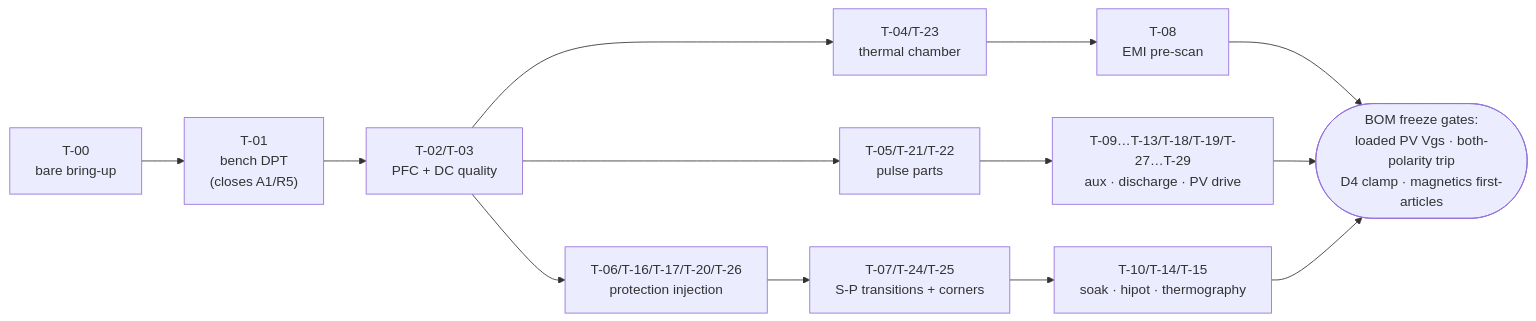
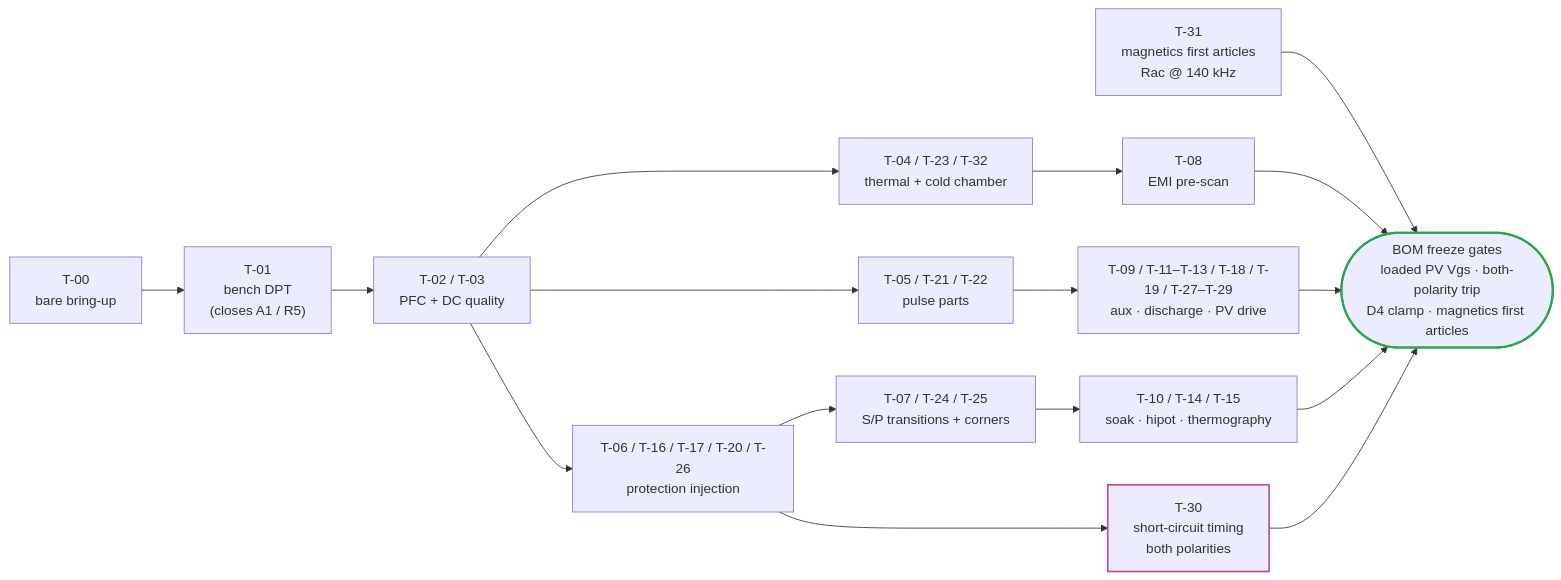
The second of 2 diagrams in docs/evt-plan.md (vectivolt/DC-Modules), drawn with Mermaid before and after one commit. The commit also changed other lines of this file and 98 other files, not shown here.

````diff
--- a/docs/evt-plan.md
+++ b/docs/evt-plan.md
@@ -12,15 +58,20 @@
 ```mermaid
 flowchart LR
-  A["T-00<br/>bare bring-up"] --> B["T-01<br/>bench DPT<br/>(closes A1/R5)"]
-  B --> C["T-02/T-03<br/>PFC + DC quality"]
-  C --> D["T-04/T-23<br/>thermal chamber"]
-  C --> E["T-05/T-21/T-22<br/>pulse parts"]
-  C --> F["T-06/T-16/T-17/T-20/T-26<br/>protection injection"]
-  F --> G["T-07/T-24/T-25<br/>S-P transitions + corners"]
+  A["T-00<br/>bare bring-up"] --> B["T-01<br/>bench DPT<br/>(closes A1 / R5)"]
+  B --> C["T-02 / T-03<br/>PFC + DC quality"]
+  C --> D["T-04 / T-23 / T-32<br/>thermal + cold chamber"]
+  C --> E["T-05 / T-21 / T-22<br/>pulse parts"]
+  C --> F["T-06 / T-16 / T-17 / T-20 / T-26<br/>protection injection"]
+  F --> SC["T-30<br/>short-circuit timing<br/>both polarities"]
+  F --> G["T-07 / T-24 / T-25<br/>S/P transitions + corners"]
   D --> H["T-08<br/>EMI pre-scan"]
-  E --> I["T-09…T-13/T-18/T-19/T-27…T-29<br/>aux · discharge · PV drive"]
-  G --> J["T-10/T-14/T-15<br/>soak · hipot · thermography"]
-  H --> K(["BOM freeze gates:<br/>loaded PV Vgs · both-polarity trip<br/>D4 clamp · magnetics first-articles"])
+  E --> I["T-09 / T-11–T-13 / T-18 / T-19 / T-27–T-29<br/>aux · discharge · PV drive"]
+  G --> J["T-10 / T-14 / T-15<br/>soak · hipot · thermography"]
+  M["T-31<br/>magnetics first articles<br/>Rac @ 140 kHz"] --> K
+  H --> K(["BOM freeze gates<br/>loaded PV Vgs · both-polarity trip<br/>D4 clamp · magnetics first articles"])
   I --> K
   J --> K
+  SC --> K
+  style K stroke:#2ea44f,stroke-width:2.5px
+  style SC stroke:#bc4e9c,stroke-width:2px
 ```
````
